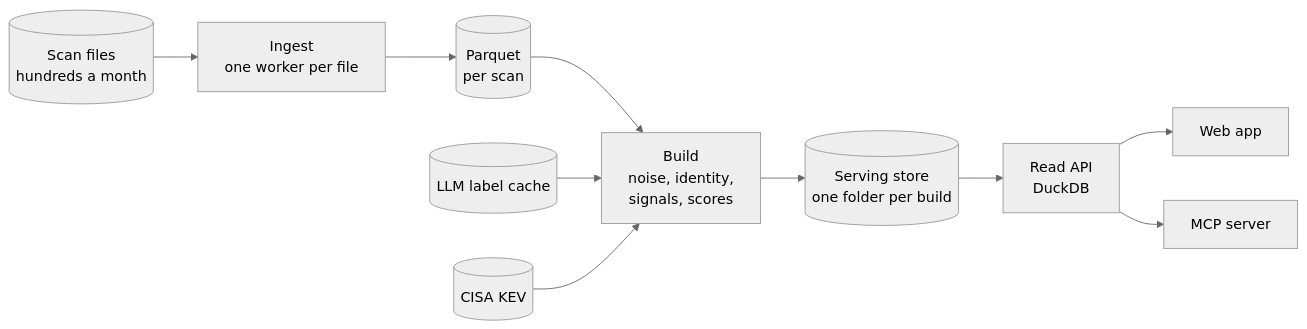
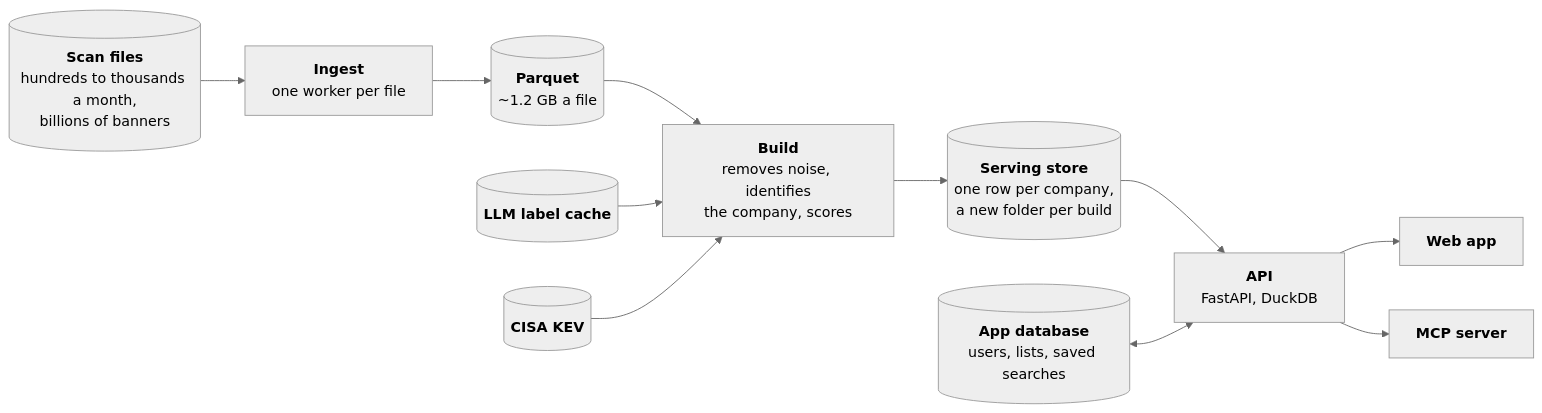
Before and after one commit to SahilChoudhary22/recon-sales-intelligence: the first of 2 diagrams in README.md, drawn with Mermaid (neutral theme). The commit also changed other lines of this file and 11 other files, not shown here.

First line of the commit message:
README: walkthrough video and screen gallery; diagrams name each step and show production volume

````diff
--- a/README.md
+++ b/README.md
@@ -93,12 +108,13 @@
 ```mermaid
 flowchart LR
-  files[(Scan files<br/>hundreds a month)] --> ingest[Ingest<br/>one worker per file]
-  ingest --> lake[(Parquet<br/>per scan)]
-  lake --> build[Build<br/>noise, identity,<br/>signals, scores]
-  labels[(LLM label cache)] --> build
-  kev[(CISA KEV)] --> build
-  build --> store[(Serving store<br/>one folder per build)]
-  store --> api[Read API<br/>DuckDB]
-  api --> app[Web app]
-  api --> mcp[MCP server]
+  files[("<b>Scan files</b><br/>hundreds to thousands a month,<br/>billions of banners")] --> ingest["<b>Ingest</b><br/>one worker per file"]
+  ingest --> lake[("<b>Parquet</b><br/>~1.2 GB a file")]
+  lake --> build["<b>Build</b><br/>removes noise, identifies<br/>the company, scores"]
+  labels[("<b>LLM label cache</b>")] --> build
+  kev[("<b>CISA KEV</b>")] --> build
+  build --> store[("<b>Serving store</b><br/>one row per company,<br/>a new folder per build")]
+  store --> api["<b>API</b><br/>FastAPI, DuckDB"]
+  appdb[("<b>App database</b><br/>users, lists, saved searches")] <--> api
+  api --> app["<b>Web app</b>"]
+  api --> mcp["<b>MCP server</b>"]
 ```
````
